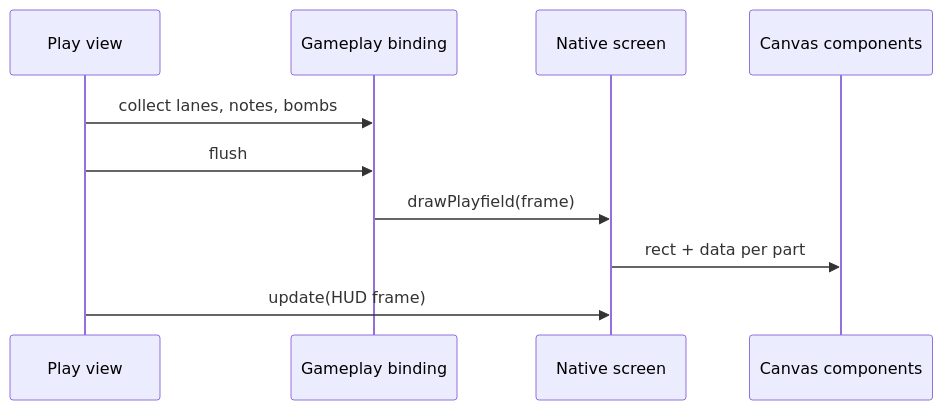
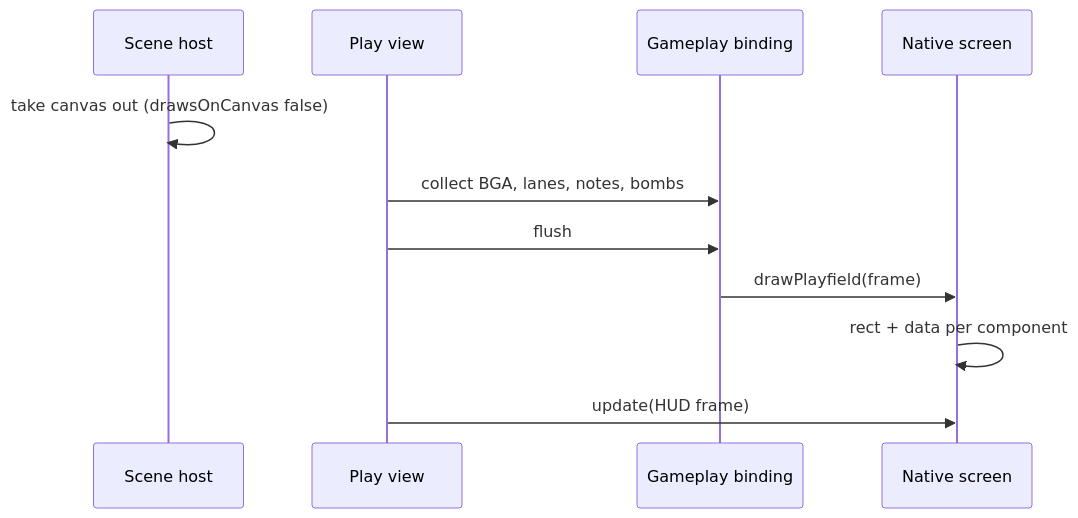
The diagram in docs/adr/0014-native-playfield-components.md (nulltask/be-music), drawn with Mermaid before and after one commit. The commit also changed other lines of this file and 5 other files, not shown here.

Commit message:
docs: cover the Native BGA component and canvas removal [ci skip]

````diff
--- a/docs/adr/0014-native-playfield-components.md
+++ b/docs/adr/0014-native-playfield-components.md
@@ -15,12 +17,13 @@
 ```mermaid
 sequenceDiagram
+  participant Host as Scene host
   participant Scene as Play view
   participant Binding as Gameplay binding
   participant Screen as Native screen
-  participant Parts as Canvas components
-  Scene->>Binding: collect lanes, notes, bombs
+  Host->>Host: take canvas out (drawsOnCanvas false)
+  Scene->>Binding: collect BGA, lanes, notes, bombs
   Scene->>Binding: flush
   Binding->>Screen: drawPlayfield(frame)
-  Screen->>Parts: rect + data per part
+  Screen->>Screen: rect + data per component
   Scene->>Screen: update(HUD frame)
 ```
````
